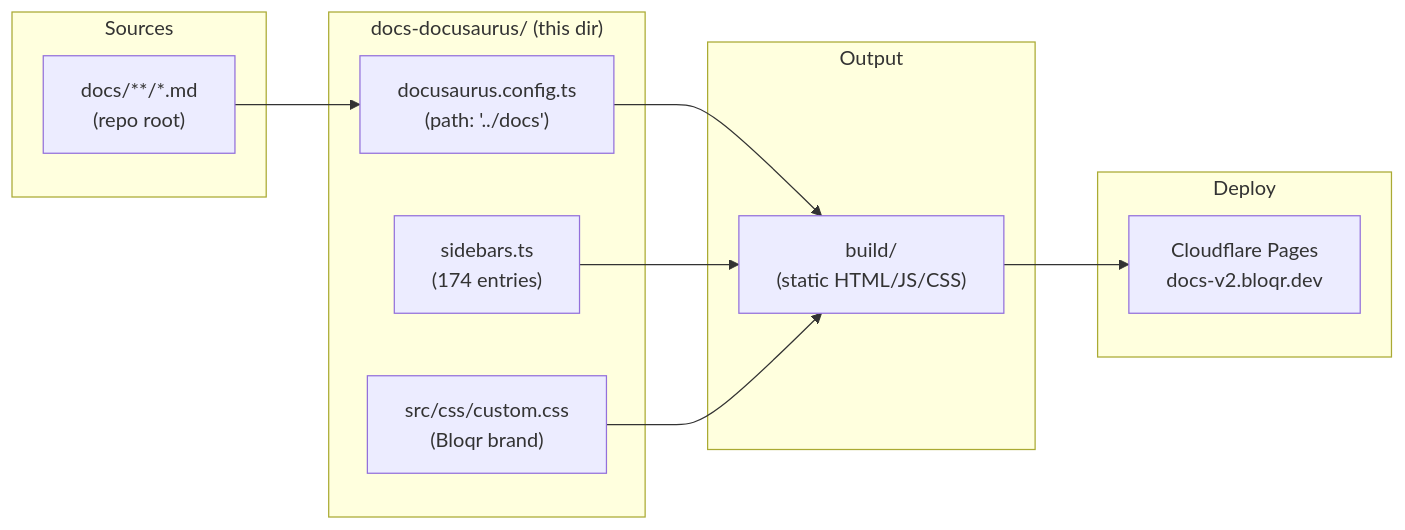
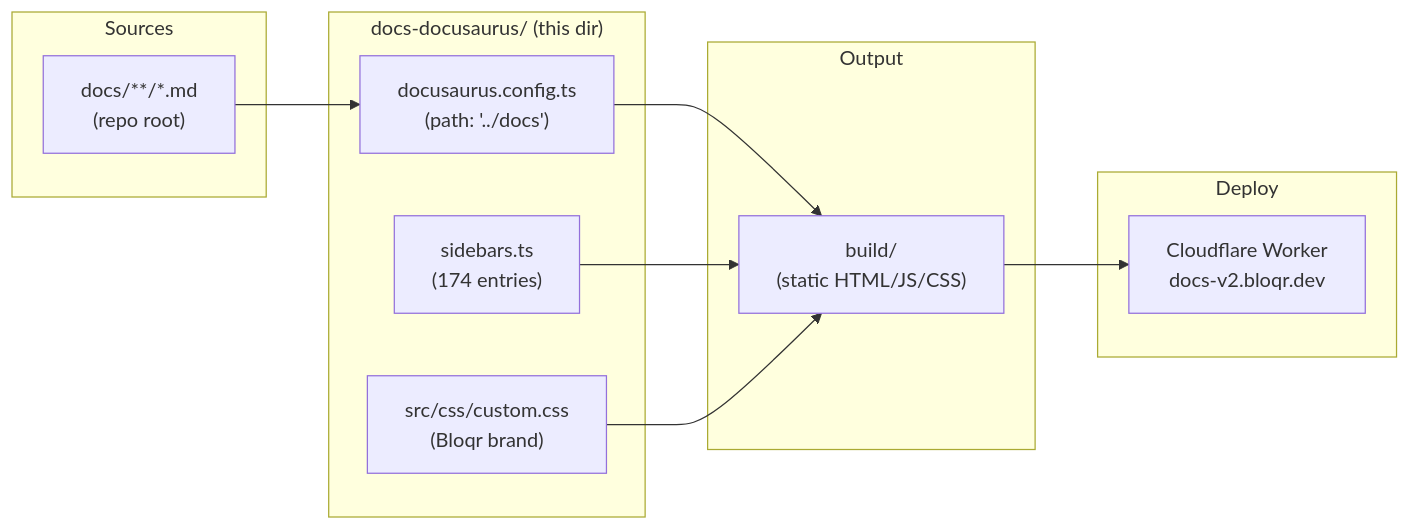
The diagram in docs-docusaurus/README.md (jaypatrick/adblock-compiler), drawn with Mermaid before and after one commit. The commit also changed other lines of this file and 2 other files, not shown here.

First line of the commit message:
fix: address review comments — Worker labels, sidebars comment, CI local wrangler

````diff
--- a/docs-docusaurus/README.md
+++ b/docs-docusaurus/README.md
@@ -82,26 +82,26 @@
 ```mermaid
 flowchart LR
     subgraph Sources
         MD["docs/**/*.md\n(repo root)"]
     end
 
     subgraph DocusaurusBuild["docs-docusaurus/ (this dir)"]
         Config["docusaurus.config.ts\n(path: '../docs')"]
         Sidebar["sidebars.ts\n(174 entries)"]
         CSS["src/css/custom.css\n(Bloqr brand)"]
     end
 
     subgraph Output
         Build["build/\n(static HTML/JS/CSS)"]
     end
 
     subgraph Deploy
-        CF["Cloudflare Pages\ndocs-v2.bloqr.dev"]
+        CF["Cloudflare Worker\ndocs-v2.bloqr.dev"]
     end
 
     MD --> Config
     Config --> Build
     Sidebar --> Build
     CSS --> Build
     Build --> CF
 ```
````
